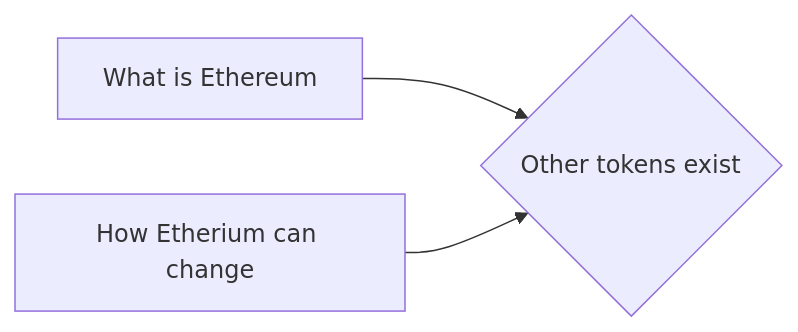
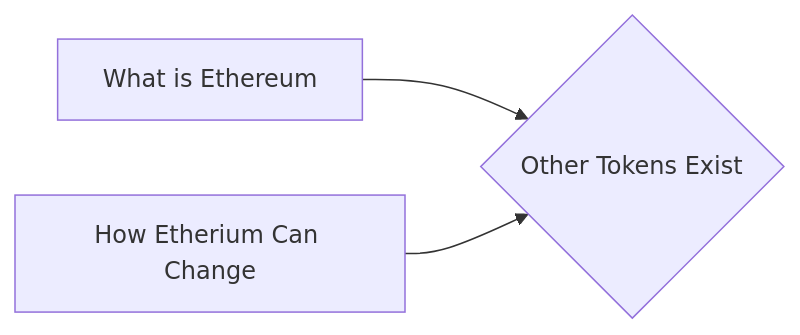
The diagram in notes/Other_Tokens_Exist.md (lpurdy01/crypto-knowledge-map), drawn with Mermaid before and after one commit. The commit also changed 50 other files, not shown here.

````diff
--- a/notes/Other_Tokens_Exist.md
+++ b/notes/Other_Tokens_Exist.md
@@ -9,5 +9,5 @@
 ```mermaid
 graph LR
-1["What is Ethereum"]-->0{"Other tokens exist"}
-2["How Etherium can change"]-->0{"Other tokens exist"}
+1["What is Ethereum"]-->0{"Other Tokens Exist"}
+2["How Etherium Can Change"]-->0{"Other Tokens Exist"}
 ```
````
